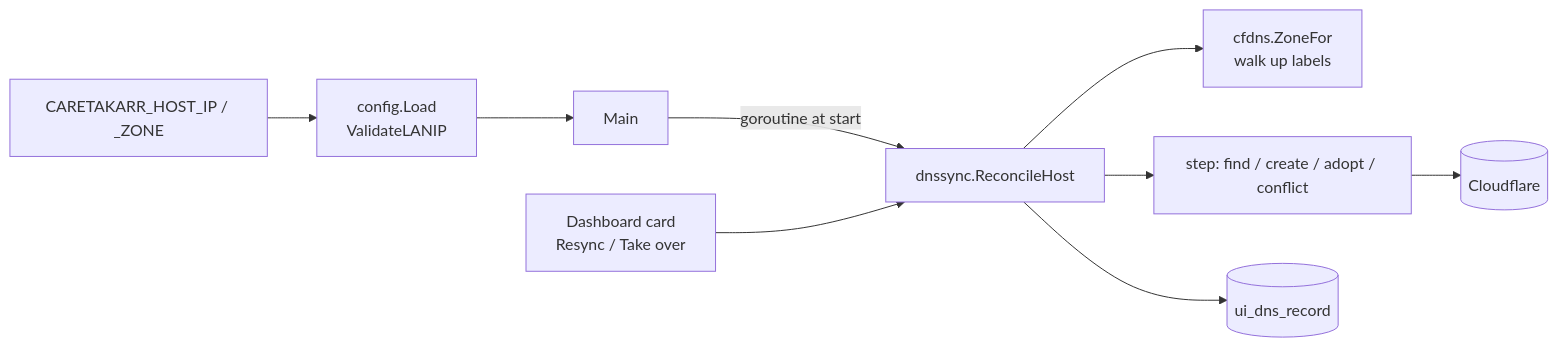
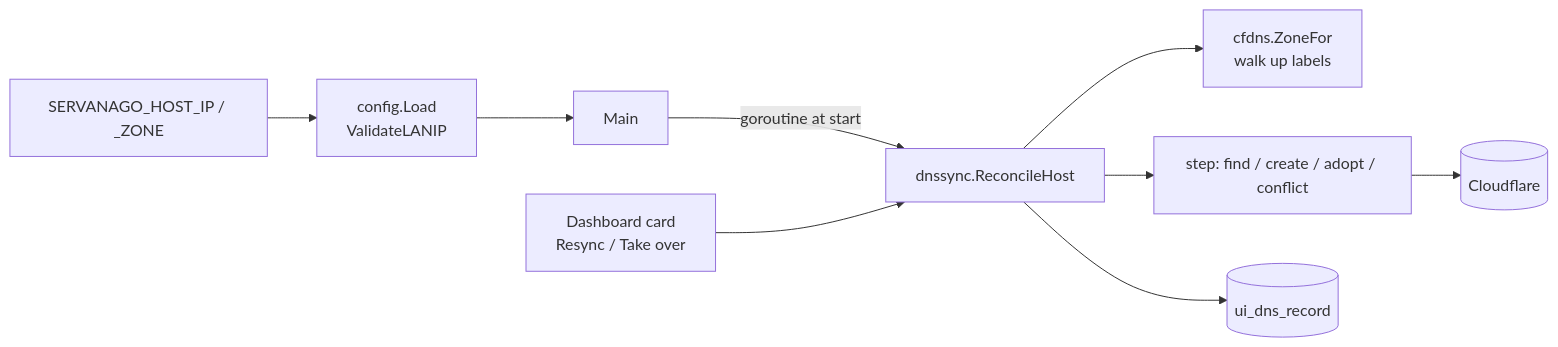
One commit to Servanago/Servanago changed the third of 5 diagrams in docs/DESIGN.md. Above: the diagram before and after it, drawn with Mermaid. The commit also changed other lines of this file and 112 other files, not shown here.

First line of the commit message:
Rename caretakarr to servanago

````diff
--- a/docs/DESIGN.md
+++ b/docs/DESIGN.md
@@ -342,11 +342,11 @@
 ```mermaid
 flowchart LR
-  Env[CARETAKARR_HOST_IP / _ZONE] --> Cfg[config.Load<br/>ValidateLANIP]
+  Env[SERVANAGO_HOST_IP / _ZONE] --> Cfg[config.Load<br/>ValidateLANIP]
   Cfg --> Main
   Main -->|goroutine at start| Sync[dnssync.ReconcileHost]
   UI[Dashboard card<br/>Resync / Take over] --> Sync
   Sync --> Zone[cfdns.ZoneFor<br/>walk up labels]
   Sync --> Step[step: find / create / adopt / conflict]
   Step --> CF[(Cloudflare)]
   Sync --> Tbl[(ui_dns_record)]
 ```
````
